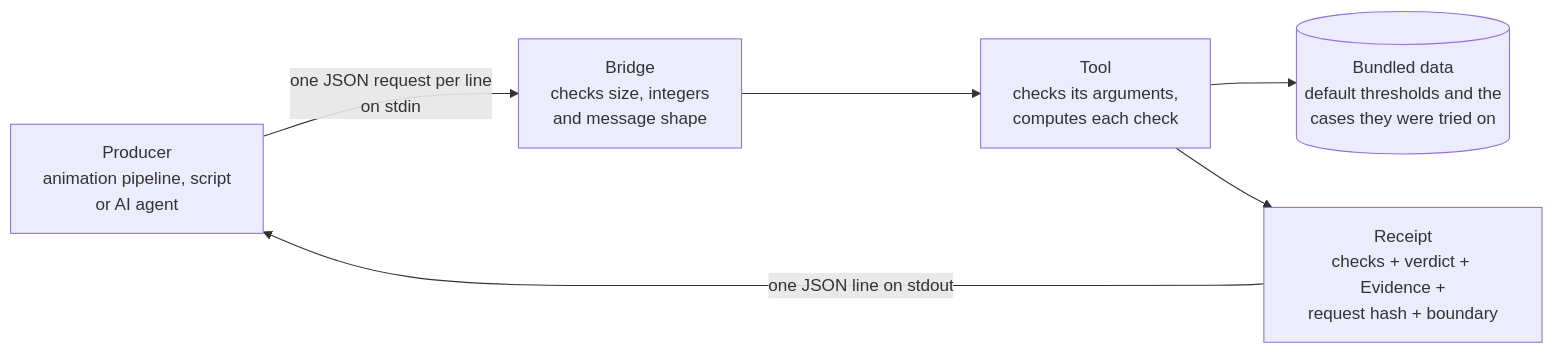
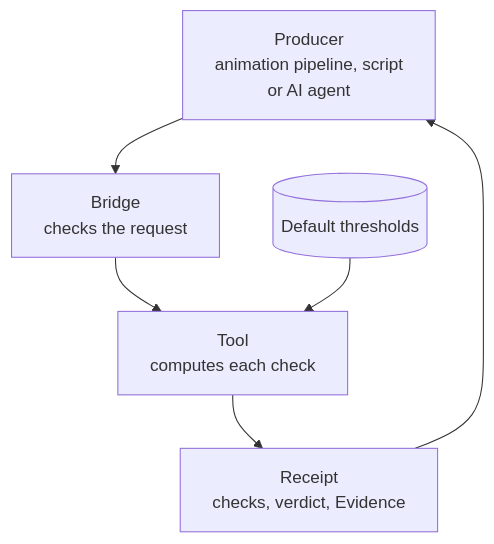
The diagram in README.md (Akilleez-QA/foundation-robotics), drawn with Mermaid before and after one commit. The commit also changed other lines of this file and 1 other file, not shown here.

Commit message:
docs: draw the README diagram top-down so it stays legible
The left-to-right flowchart with long edge labels was scaled to the
article width on github.com and rendered about 180 px tall with tiny,
partly clipped text. Draw it top-down with short node labels and move
the edge detail into the paragraph under the diagram. Examples and the
rest of the text are unchanged. Rebuild SOURCE-MANIFEST.json.

````diff
--- a/README.md
+++ b/README.md
@@ -22,8 +22,8 @@
 ```mermaid
-flowchart LR
-    P["Producer<br/>animation pipeline, script<br/>or AI agent"] -- "one JSON request per line<br/>on stdin" --> B["Bridge<br/>checks size, integers<br/>and message shape"]
-    B --> T["Tool<br/>checks its arguments,<br/>computes each check"]
-    T --> D[("Bundled data<br/>default thresholds and the<br/>cases they were tried on")]
-    T --> R["Receipt<br/>checks + verdict + Evidence +<br/>request hash + boundary"]
-    R -- "one JSON line on stdout" --> P
+flowchart TD
+    P["Producer<br/>animation pipeline, script<br/>or AI agent"] --> B["Bridge<br/>checks the request"]
+    B --> T["Tool<br/>computes each check"]
+    D[("Default thresholds")] --> T
+    T --> R["Receipt<br/>checks, verdict, Evidence"]
+    R --> P
 ```
````
